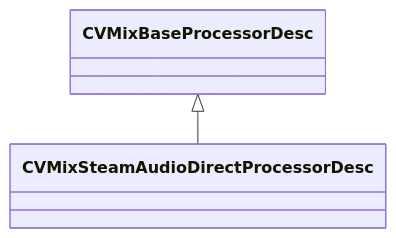
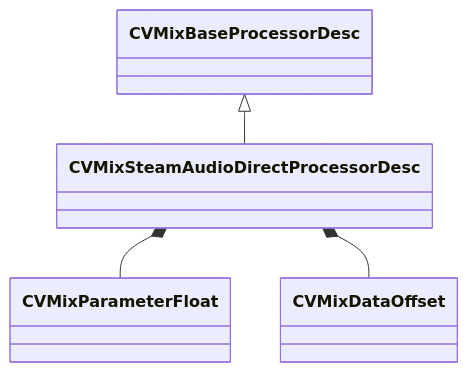
The diagram in docs/generated/schemas/soundsystem_lowlevel/CVMixSteamAudioDirectProcessorDesc.md (CS2OpenDev/CS2OpenDev-Docs), drawn with Mermaid before and after one commit. The commit also changed other lines of this file and 4654 other files, not shown here.

Commit message:
docs: regenerate for SchemaTracker build 25947352 [skip ci]

````diff
--- a/docs/generated/schemas/soundsystem_lowlevel/CVMixSteamAudioDirectProcessorDesc.md
+++ b/docs/generated/schemas/soundsystem_lowlevel/CVMixSteamAudioDirectProcessorDesc.md
@@ -19,4 +19,6 @@
 ```mermaid
 classDiagram
     CVMixBaseProcessorDesc <|-- CVMixSteamAudioDirectProcessorDesc
+    CVMixSteamAudioDirectProcessorDesc *-- CVMixParameterFloat
+    CVMixSteamAudioDirectProcessorDesc *-- CVMixDataOffset
 ```
````
